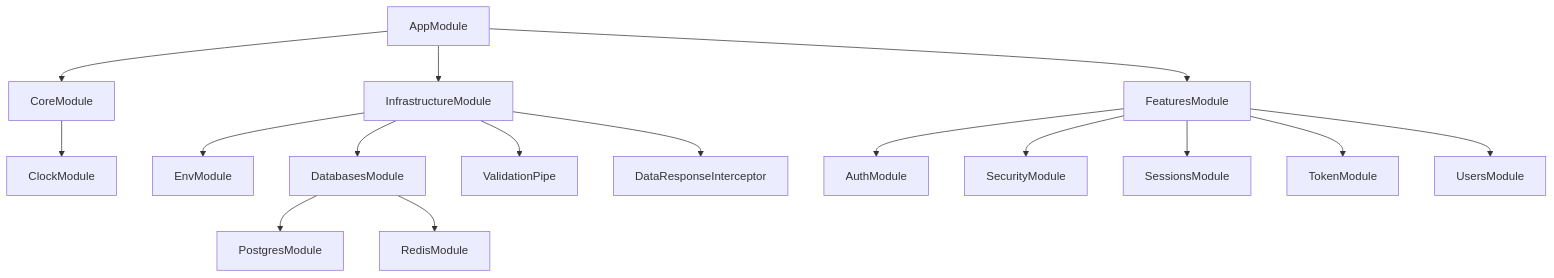
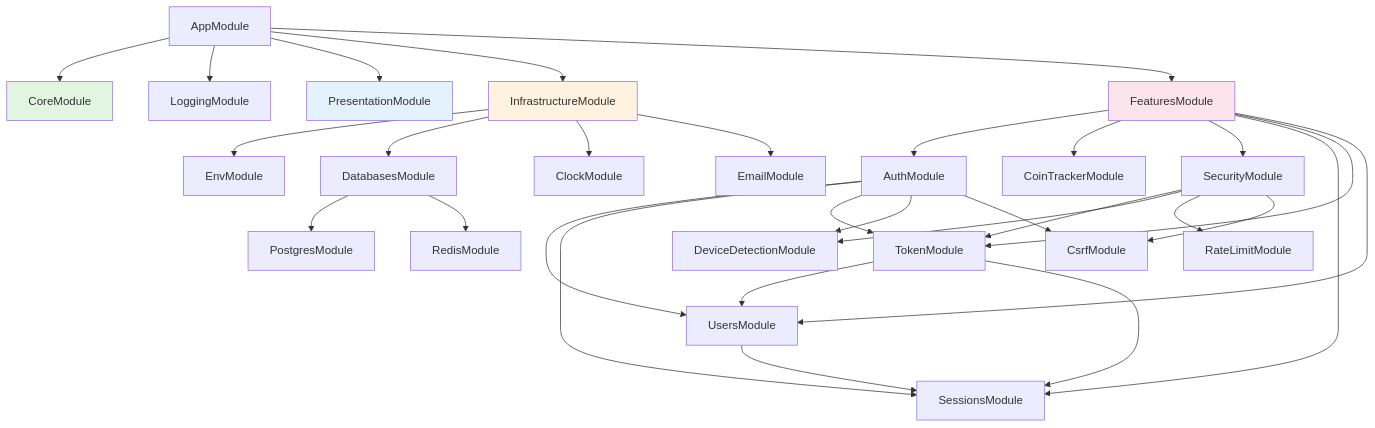
Before and after one commit to l1mindr/nest-backend: the first of 7 diagrams in docs/diagrams.md, drawn with Mermaid. The commit also changed other lines of this file and 19 other files, not shown here.

Commit message:
docs(architecture): update project documentation after architecture refactor

````diff
--- a/docs/diagrams.md
+++ b/docs/diagrams.md
@@ -7,22 +5,44 @@
 ```mermaid
-flowchart TD
-  AppModule --> CoreModule
-  AppModule --> InfrastructureModule
-  AppModule --> FeaturesModule
+graph TB
+    AppModule --> CoreModule
+    AppModule --> LoggingModule
+    AppModule --> PresentationModule
+    AppModule --> InfrastructureModule
+    AppModule --> FeaturesModule
 
-  CoreModule --> ClockModule
+    InfrastructureModule --> EnvModule
+    InfrastructureModule --> DatabasesModule
+    InfrastructureModule --> ClockModule
+    InfrastructureModule --> EmailModule
 
-  InfrastructureModule --> EnvModule
-  InfrastructureModule --> DatabasesModule
-  InfrastructureModule --> ValidationPipe
-  InfrastructureModule --> DataResponseInterceptor
+    DatabasesModule --> PostgresModule
+    DatabasesModule --> RedisModule
 
-  DatabasesModule --> PostgresModule
-  DatabasesModule --> RedisModule
+    FeaturesModule --> AuthModule
+    FeaturesModule --> CoinTrackerModule
+    FeaturesModule --> SecurityModule
+    FeaturesModule --> SessionsModule
+    FeaturesModule --> TokenModule
+    FeaturesModule --> UsersModule
 
-  FeaturesModule --> AuthModule
-  FeaturesModule --> SecurityModule
-  FeaturesModule --> SessionsModule
-  FeaturesModule --> TokenModule
-  FeaturesModule --> UsersModule
+    AuthModule --> UsersModule
+    AuthModule --> SessionsModule
+    AuthModule --> TokenModule
+    AuthModule --> DeviceDetectionModule
+    AuthModule --> CsrfModule
+
+    TokenModule --> UsersModule
+    TokenModule --> SessionsModule
+
+    SecurityModule --> TokenModule
+    SecurityModule --> DeviceDetectionModule
+    SecurityModule --> RateLimitModule
+    SecurityModule --> CsrfModule
+
+    UsersModule --> SessionsModule
+
+    style CoreModule fill:#e1f5e1
+    style PresentationModule fill:#e3f2fd
+    style InfrastructureModule fill:#fff3e0
+    style FeaturesModule fill:#fce4ec
 ```
````
